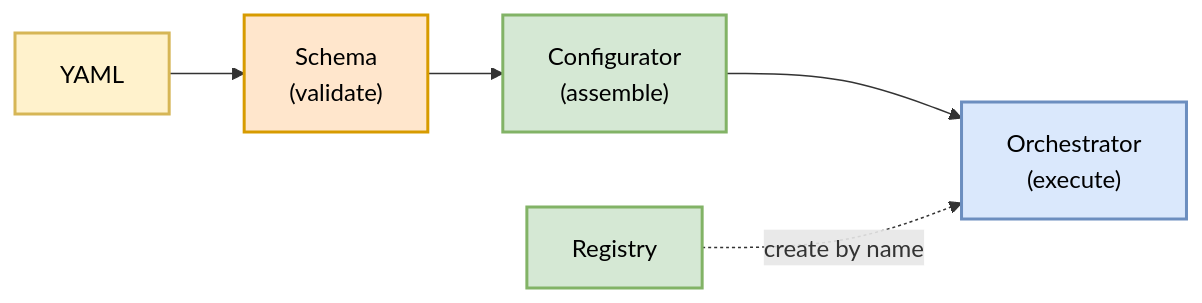
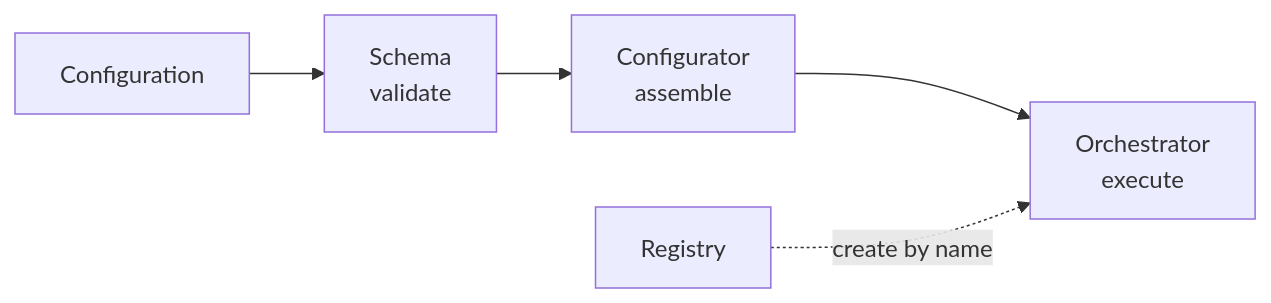
Before and after one commit to lichao312214129/HABIT: the second of 2 diagrams in docs/source/development/mental_model.rst, drawn with Mermaid. The commit also changed other lines of this file and 12 other files, not shown here.

```diff
--- a/docs/source/development/mental_model.rst
+++ b/docs/source/development/mental_model.rst
@@ -100,12 +101,7 @@
 .. mermaid::
 
    flowchart LR
-     classDef a fill:#fff2cc,stroke:#d6b656,stroke-width:2px,color:#000;
-     classDef b fill:#ffe6cc,stroke:#d79b00,stroke-width:2px,color:#000;
-     classDef c fill:#d5e8d4,stroke:#82b366,stroke-width:2px,color:#000;
-     classDef d fill:#dae8fc,stroke:#6c8ebf,stroke-width:2px,color:#000;
-
-     Y["YAML"]:::a --> S["Schema<br/>(validate)"]:::b
-     S --> C["Configurator<br/>(assemble)"]:::c
-     C --> O["Orchestrator<br/>(execute)"]:::d
-     R["Registry"]:::c -.->|create by name| O
+     Y["Configuration"] --> S["Schema<br/>validate"]
+     S --> C["Configurator<br/>assemble"]
+     C --> O["Orchestrator<br/>execute"]
+     R["Registry"] -.->|create by name| O
```
